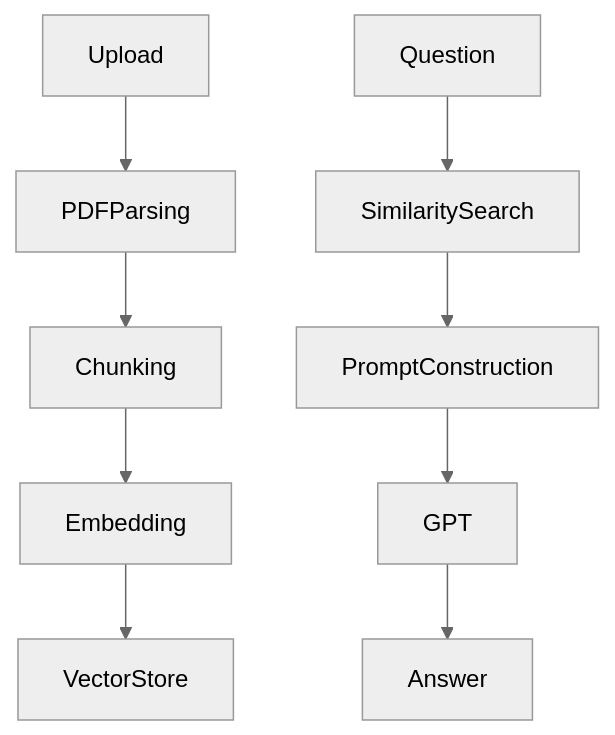
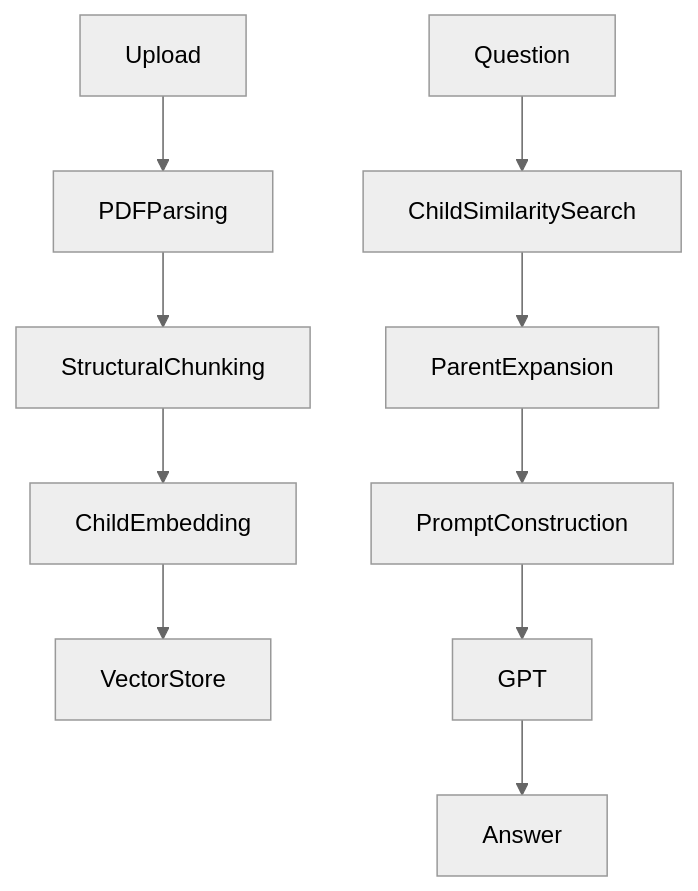
One commit to vincedevs/ragnarok changed the second of 4 diagrams in README.md. Above: the diagram before and after it, drawn with Mermaid (neutral theme). The commit also changed other lines of this file and 16 other files, not shown here.

Commit message:
feat: add page-aware parent-child retrieval

````diff
--- a/README.md
+++ b/README.md
@@ -68,7 +68,7 @@
 ```mermaid
 flowchart TD
 
-Upload --> PDFParsing --> Chunking --> Embedding --> VectorStore
+Upload --> PDFParsing --> StructuralChunking --> ChildEmbedding --> VectorStore
 
-Question --> SimilaritySearch --> PromptConstruction --> GPT --> Answer
+Question --> ChildSimilaritySearch --> ParentExpansion --> PromptConstruction --> GPT --> Answer
 ```
````
